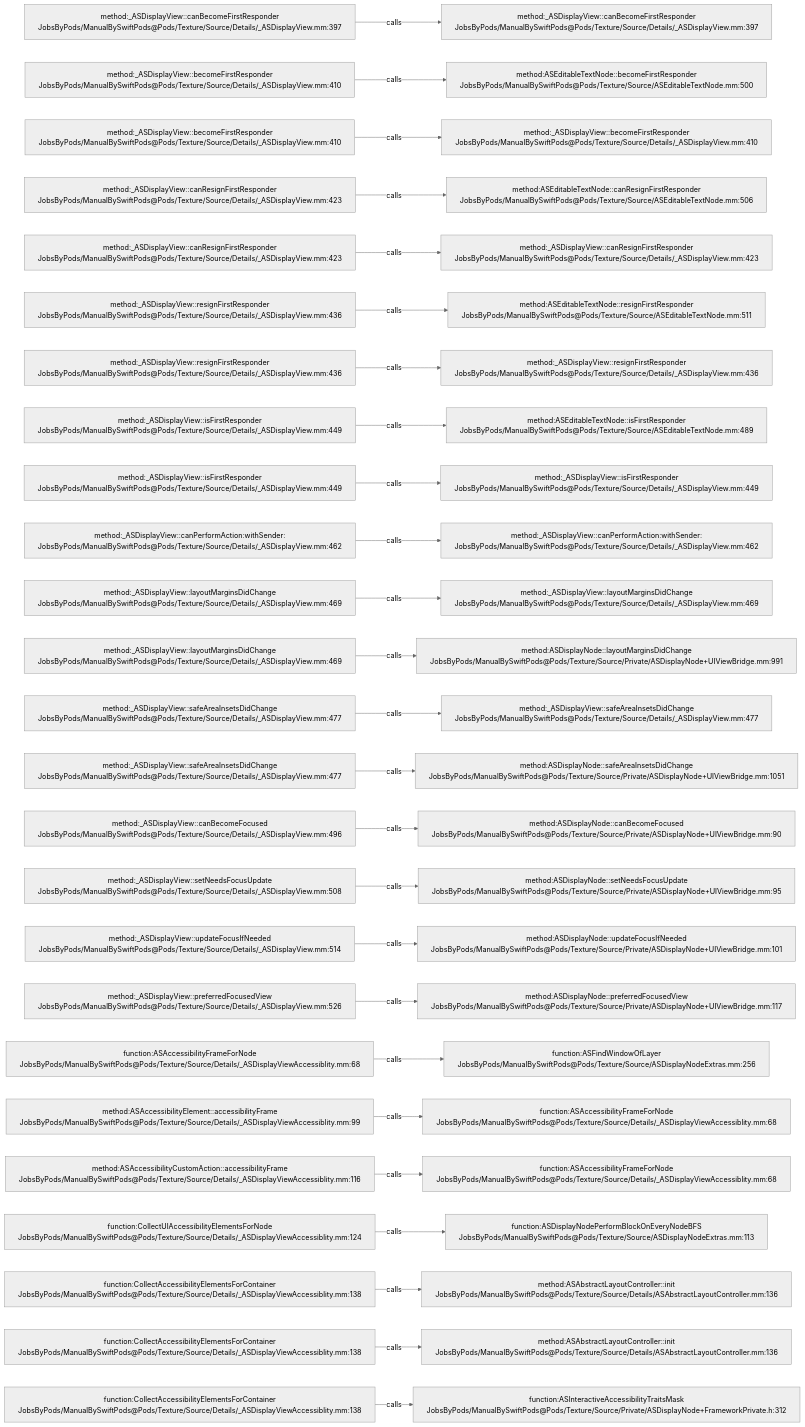
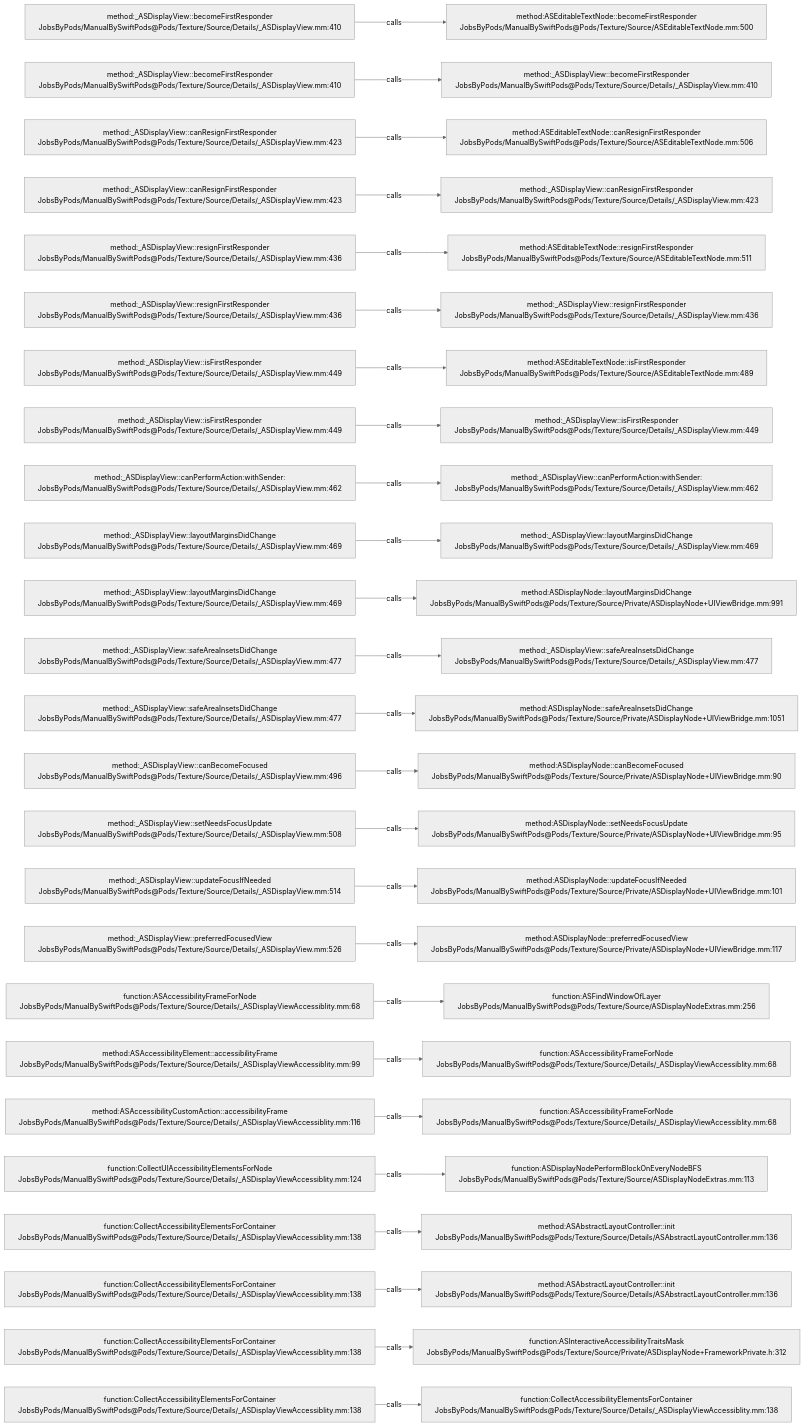
The diagram in .codegraph/codegraph.md/graphs/calls-103.md (JobsKits/JobsSwiftBaseConfigDemo), drawn with Mermaid (neutral theme) before and after one commit. The commit also changed 747 other files, not shown here.

````diff
--- a/.codegraph/codegraph.md/graphs/calls-103.md
+++ b/.codegraph/codegraph.md/graphs/calls-103.md
@@ -13,78 +13,78 @@
 ```mermaid
 flowchart LR
-  S1["method:_ASDisplayView::canBecomeFirstResponder<br/>JobsByPods/ManualBySwiftPods@Pods/Texture/Source/Details/_ASDisplayView.mm:397"]
-  T1["method:_ASDisplayView::canBecomeFirstResponder<br/>JobsByPods/ManualBySwiftPods@Pods/Texture/Source/Details/_ASDisplayView.mm:397"]
+  S1["method:_ASDisplayView::becomeFirstResponder<br/>JobsByPods/ManualBySwiftPods@Pods/Texture/Source/Details/_ASDisplayView.mm:410"]
+  T1["method:ASEditableTextNode::becomeFirstResponder<br/>JobsByPods/ManualBySwiftPods@Pods/Texture/Source/ASEditableTextNode.mm:500"]
   S1 -->|calls| T1
   S2["method:_ASDisplayView::becomeFirstResponder<br/>JobsByPods/ManualBySwiftPods@Pods/Texture/Source/Details/_ASDisplayView.mm:410"]
-  T2["method:ASEditableTextNode::becomeFirstResponder<br/>JobsByPods/ManualBySwiftPods@Pods/Texture/Source/ASEditableTextNode.mm:500"]
+  T2["method:_ASDisplayView::becomeFirstResponder<br/>JobsByPods/ManualBySwiftPods@Pods/Texture/Source/Details/_ASDisplayView.mm:410"]
   S2 -->|calls| T2
-  S3["method:_ASDisplayView::becomeFirstResponder<br/>JobsByPods/ManualBySwiftPods@Pods/Texture/Source/Details/_ASDisplayView.mm:410"]
-  T3["method:_ASDisplayView::becomeFirstResponder<br/>JobsByPods/ManualBySwiftPods@Pods/Texture/Source/Details/_ASDisplayView.mm:410"]
+  S3["method:_ASDisplayView::canResignFirstResponder<br/>JobsByPods/ManualBySwiftPods@Pods/Texture/Source/Details/_ASDisplayView.mm:423"]
+  T3["method:ASEditableTextNode::canResignFirstResponder<br/>JobsByPods/ManualBySwiftPods@Pods/Texture/Source/ASEditableTextNode.mm:506"]
   S3 -->|calls| T3
   S4["method:_ASDisplayView::canResignFirstResponder<br/>JobsByPods/ManualBySwiftPods@Pods/Texture/Source/Details/_ASDisplayView.mm:423"]
-  T4["method:ASEditableTextNode::canResignFirstResponder<br/>JobsByPods/ManualBySwiftPods@Pods/Texture/Source/ASEditableTextNode.mm:506"]
+  T4["method:_ASDisplayView::canResignFirstResponder<br/>JobsByPods/ManualBySwiftPods@Pods/Texture/Source/Details/_ASDisplayView.mm:423"]
   S4 -->|calls| T4
-  S5["method:_ASDisplayView::canResignFirstResponder<br/>JobsByPods/ManualBySwiftPods@Pods/Texture/Source/Details/_ASDisplayView.mm:423"]
-  T5["method:_ASDisplayView::canResignFirstResponder<br/>JobsByPods/ManualBySwiftPods@Pods/Texture/Source/Details/_ASDisplayView.mm:423"]
+  S5["method:_ASDisplayView::resignFirstResponder<br/>JobsByPods/ManualBySwiftPods@Pods/Texture/Source/Details/_ASDisplayView.mm:436"]
+  T5["method:ASEditableTextNode::resignFirstResponder<br/>JobsByPods/ManualBySwiftPods@Pods/Texture/Source/ASEditableTextNode.mm:511"]
   S5 -->|calls| T5
   S6["method:_ASDisplayView::resignFirstResponder<br/>JobsByPods/ManualBySwiftPods@Pods/Texture/Source/Details/_ASDisplayView.mm:436"]
-  T6["method:ASEditableTextNode::resignFirstResponder<br/>JobsByPods/ManualBySwiftPods@Pods/Texture/Source/ASEditableTextNode.mm:511"]
+  T6["method:_ASDisplayView::resignFirstResponder<br/>JobsByPods/ManualBySwiftPods@Pods/Texture/Source/Details/_ASDisplayView.mm:436"]
   S6 -->|calls| T6
-  S7["method:_ASDisplayView::resignFirstResponder<br/>JobsByPods/ManualBySwiftPods@Pods/Texture/Source/Details/_ASDisplayView.mm:436"]
-  T7["method:_ASDisplayView::resignFirstResponder<br/>JobsByPods/ManualBySwiftPods@Pods/Texture/Source/Details/_ASDisplayView.mm:436"]
+  S7["method:_ASDisplayView::isFirstResponder<br/>JobsByPods/ManualBySwiftPods@Pods/Texture/Source/Details/_ASDisplayView.mm:449"]
+  T7["method:ASEditableTextNode::isFirstResponder<br/>JobsByPods/ManualBySwiftPods@Pods/Texture/Source/ASEditableTextNode.mm:489"]
   S7 -->|calls| T7
   S8["method:_ASDisplayView::isFirstResponder<br/>JobsByPods/ManualBySwiftPods@Pods/Texture/Source/Details/_ASDisplayView.mm:449"]
-  T8["method:ASEditableTextNode::isFirstResponder<br/>JobsByPods/ManualBySwiftPods@Pods/Texture/Source/ASEditableTextNode.mm:489"]
+  T8["method:_ASDisplayView::isFirstResponder<br/>JobsByPods/ManualBySwiftPods@Pods/Texture/Source/Details/_ASDisplayView.mm:449"]
   S8 -->|calls| T8
-  S9["method:_ASDisplayView::isFirstResponder<br/>JobsByPods/ManualBySwiftPods@Pods/Texture/Source/Details/_ASDisplayView.mm:449"]
-  T9["method:_ASDisplayView::isFirstResponder<br/>JobsByPods/ManualBySwiftPods@Pods/Texture/Source/Details/_ASDisplayView.mm:449"]
+  S9["method:_ASDisplayView::canPerformAction:withSender:<br/>JobsByPods/ManualBySwiftPods@Pods/Texture/Source/Details/_ASDisplayView.mm:462"]
+  T9["method:_ASDisplayView::canPerformAction:withSender:<br/>JobsByPods/ManualBySwiftPods@Pods/Texture/Source/Details/_ASDisplayView.mm:462"]
   S9 -->|calls| T9
-  S10["method:_ASDisplayView::canPerformAction:withSender:<br/>JobsByPods/ManualBySwiftPods@Pods/Texture/Source/Details/_ASDisplayView.mm:462"]
-  T10["method:_ASDisplayView::canPerformAction:withSender:<br/>JobsByPods/ManualBySwiftPods@Pods/Texture/Source/Details/_ASDisplayView.mm:462"]
+  S10["method:_ASDisplayView::layoutMarginsDidChange<br/>JobsByPods/ManualBySwiftPods@Pods/Texture/Source/Details/_ASDisplayView.mm:469"]
+  T10["method:_ASDisplayView::layoutMarginsDidChange<br/>JobsByPods/ManualBySwiftPods@Pods/Texture/Source/Details/_ASDisplayView.mm:469"]
   S10 -->|calls| T10
   S11["method:_ASDisplayView::layoutMarginsDidChange<br/>JobsByPods/ManualBySwiftPods@Pods/Texture/Source/Details/_ASDisplayView.mm:469"]
-  T11["method:_ASDisplayView::layoutMarginsDidChange<br/>JobsByPods/ManualBySwiftPods@Pods/Texture/Source/Details/_ASDisplayView.mm:469"]
+  T11["method:ASDisplayNode::layoutMarginsDidChange<br/>JobsByPods/ManualBySwiftPods@Pods/Texture/Source/Private/ASDisplayNode+UIViewBridge.mm:991"]
   S11 -->|calls| T11
-  S12["method:_ASDisplayView::layoutMarginsDidChange<br/>JobsByPods/ManualBySwiftPods@Pods/Texture/Source/Details/_ASDisplayView.mm:469"]
-  T12["method:ASDisplayNode::layoutMarginsDidChange<br/>JobsByPods/ManualBySwiftPods@Pods/Texture/Source/Private/ASDisplayNode+UIViewBridge.mm:991"]
+  S12["method:_ASDisplayView::safeAreaInsetsDidChange<br/>JobsByPods/ManualBySwiftPods@Pods/Texture/Source/Details/_ASDisplayView.mm:477"]
+  T12["method:_ASDisplayView::safeAreaInsetsDidChange<br/>JobsByPods/ManualBySwiftPods@Pods/Texture/Source/Details/_ASDisplayView.mm:477"]
   S12 -->|calls| T12
   S13["method:_ASDisplayView::safeAreaInsetsDidChange<br/>JobsByPods/ManualBySwiftPods@Pods/Texture/Source/Details/_ASDisplayView.mm:477"]
-  T13["method:_ASDisplayView::safeAreaInsetsDidChange<br/>JobsByPods/ManualBySwiftPods@Pods/Texture/Source/Details/_ASDisplayView.mm:477"]
+  T13["method:ASDisplayNode::safeAreaInsetsDidChange<br/>JobsByPods/ManualBySwiftPods@Pods/Texture/Source/Private/ASDisplayNode+UIViewBridge.mm:1051"]
   S13 -->|calls| T13
-  S14["method:_ASDisplayView::safeAreaInsetsDidChange<br/>JobsByPods/ManualBySwiftPods@Pods/Texture/Source/Details/_ASDisplayView.mm:477"]
-  T14["method:ASDisplayNode::safeAreaInsetsDidChange<br/>JobsByPods/ManualBySwiftPods@Pods/Texture/Source/Private/ASDisplayNode+UIViewBridge.mm:1051"]
+  S14["method:_ASDisplayView::canBecomeFocused<br/>JobsByPods/ManualBySwiftPods@Pods/Texture/Source/Details/_ASDisplayView.mm:496"]
+  T14["method:ASDisplayNode::canBecomeFocused<br/>JobsByPods/ManualBySwiftPods@Pods/Texture/Source/Private/ASDisplayNode+UIViewBridge.mm:90"]
   S14 -->|calls| T14
-  S15["method:_ASDisplayView::canBecomeFocused<br/>JobsByPods/ManualBySwiftPods@Pods/Texture/Source/Details/_ASDisplayView.mm:496"]
-  T15["method:ASDisplayNode::canBecomeFocused<br/>JobsByPods/ManualBySwiftPods@Pods/Texture/Source/Private/ASDisplayNode+UIViewBridge.mm:90"]
+  S15["method:_ASDisplayView::setNeedsFocusUpdate<br/>JobsByPods/ManualBySwiftPods@Pods/Texture/Source/Details/_ASDisplayView.mm:508"]
+  T15["method:ASDisplayNode::setNeedsFocusUpdate<br/>JobsByPods/ManualBySwiftPods@Pods/Texture/Source/Private/ASDisplayNode+UIViewBridge.mm:95"]
   S15 -->|calls| T15
-  S16["method:_ASDisplayView::setNeedsFocusUpdate<br/>JobsByPods/ManualBySwiftPods@Pods/Texture/Source/Details/_ASDisplayView.mm:508"]
-  T16["method:ASDisplayNode::setNeedsFocusUpdate<br/>JobsByPods/ManualBySwiftPods@Pods/Texture/Source/Private/ASDisplayNode+UIViewBridge.mm:95"]
+  S16["method:_ASDisplayView::updateFocusIfNeeded<br/>JobsByPods/ManualBySwiftPods@Pods/Texture/Source/Details/_ASDisplayView.mm:514"]
+  T16["method:ASDisplayNode::updateFocusIfNeeded<br/>JobsByPods/ManualBySwiftPods@Pods/Texture/Source/Private/ASDisplayNode+UIViewBridge.mm:101"]
   S16 -->|calls| T16
-  S17["method:_ASDisplayView::updateFocusIfNeeded<br/>JobsByPods/ManualBySwiftPods@Pods/Texture/Source/Details/_ASDisplayView.mm:514"]
-  T17["method:ASDisplayNode::updateFocusIfNeeded<br/>JobsByPods/ManualBySwiftPods@Pods/Texture/Source/Private/ASDisplayNode+UIViewBridge.mm:101"]
+  S17["method:_ASDisplayView::preferredFocusedView<br/>JobsByPods/ManualBySwiftPods@Pods/Texture/Source/Details/_ASDisplayView.mm:526"]
+  T17["method:ASDisplayNode::preferredFocusedView<br/>JobsByPods/ManualBySwiftPods@Pods/Texture/Source/Private/ASDisplayNode+UIViewBridge.mm:117"]
   S17 -->|calls| T17
-  S18["method:_ASDisplayView::preferredFocusedView<br/>JobsByPods/ManualBySwiftPods@Pods/Texture/Source/Details/_ASDisplayView.mm:526"]
-  T18["method:ASDisplayNode::preferredFocusedView<br/>JobsByPods/ManualBySwiftPods@Pods/Texture/Source/Private/ASDisplayNode+UIViewBridge.mm:117"]
+  S18["function:ASAccessibilityFrameForNode<br/>JobsByPods/ManualBySwiftPods@Pods/Texture/Source/Details/_ASDisplayViewAccessiblity.mm:68"]
+  T18["function:ASFindWindowOfLayer<br/>JobsByPods/ManualBySwiftPods@Pods/Texture/Source/ASDisplayNodeExtras.mm:256"]
   S18 -->|calls| T18
-  S19["function:ASAccessibilityFrameForNode<br/>JobsByPods/ManualBySwiftPods@Pods/Texture/Source/Details/_ASDisplayViewAccessiblity.mm:68"]
-  T19["function:ASFindWindowOfLayer<br/>JobsByPods/ManualBySwiftPods@Pods/Texture/Source/ASDisplayNodeExtras.mm:256"]
+  S19["method:ASAccessibilityElement::accessibilityFrame<br/>JobsByPods/ManualBySwiftPods@Pods/Texture/Source/Details/_ASDisplayViewAccessiblity.mm:99"]
+  T19["function:ASAccessibilityFrameForNode<br/>JobsByPods/ManualBySwiftPods@Pods/Texture/Source/Details/_ASDisplayViewAccessiblity.mm:68"]
   S19 -->|calls| T19
-  S20["method:ASAccessibilityElement::accessibilityFrame<br/>JobsByPods/ManualBySwiftPods@Pods/Texture/Source/Details/_ASDisplayViewAccessiblity.mm:99"]
+  S20["method:ASAccessibilityCustomAction::accessibilityFrame<br/>JobsByPods/ManualBySwiftPods@Pods/Texture/Source/Details/_ASDisplayViewAccessiblity.mm:116"]
   T20["function:ASAccessibilityFrameForNode<br/>JobsByPods/ManualBySwiftPods@Pods/Texture/Source/Details/_ASDisplayViewAccessiblity.mm:68"]
   S20 -->|calls| T20
-  S21["method:ASAccessibilityCustomAction::accessibilityFrame<br/>JobsByPods/ManualBySwiftPods@Pods/Texture/Source/Details/_ASDisplayViewAccessiblity.mm:116"]
-  T21["function:ASAccessibilityFrameForNode<br/>JobsByPods/ManualBySwiftPods@Pods/Texture/Source/Details/_ASDisplayViewAccessiblity.mm:68"]
+  S21["function:CollectUIAccessibilityElementsForNode<br/>JobsByPods/ManualBySwiftPods@Pods/Texture/Source/Details/_ASDisplayViewAccessiblity.mm:124"]
+  T21["function:ASDisplayNodePerformBlockOnEveryNodeBFS<br/>JobsByPods/ManualBySwiftPods@Pods/Texture/Source/ASDisplayNodeExtras.mm:113"]
   S21 -->|calls| T21
-  S22["function:CollectUIAccessibilityElementsForNode<br/>JobsByPods/ManualBySwiftPods@Pods/Texture/Source/Details/_ASDisplayViewAccessiblity.mm:124"]
-  T22["function:ASDisplayNodePerformBlockOnEveryNodeBFS<br/>JobsByPods/ManualBySwiftPods@Pods/Texture/Source/ASDisplayNodeExtras.mm:113"]
+  S22["function:CollectAccessibilityElementsForContainer<br/>JobsByPods/ManualBySwiftPods@Pods/Texture/Source/Details/_ASDisplayViewAccessiblity.mm:138"]
+  T22["method:ASAbstractLayoutController::init<br/>JobsByPods/ManualBySwiftPods@Pods/Texture/Source/Details/ASAbstractLayoutController.mm:136"]
   S22 -->|calls| T22
   S23["function:CollectAccessibilityElementsForContainer<br/>JobsByPods/ManualBySwiftPods@Pods/Texture/Source/Details/_ASDisplayViewAccessiblity.mm:138"]
   T23["method:ASAbstractLayoutController::init<br/>JobsByPods/ManualBySwiftPods@Pods/Texture/Source/Details/ASAbstractLayoutController.mm:136"]
   S23 -->|calls| T23
   S24["function:CollectAccessibilityElementsForContainer<br/>JobsByPods/ManualBySwiftPods@Pods/Texture/Source/Details/_ASDisplayViewAccessiblity.mm:138"]
-  T24["method:ASAbstractLayoutController::init<br/>JobsByPods/ManualBySwiftPods@Pods/Texture/Source/Details/ASAbstractLayoutController.mm:136"]
+  T24["function:ASInteractiveAccessibilityTraitsMask<br/>JobsByPods/ManualBySwiftPods@Pods/Texture/Source/Private/ASDisplayNode+FrameworkPrivate.h:312"]
   S24 -->|calls| T24
   S25["function:CollectAccessibilityElementsForContainer<br/>JobsByPods/ManualBySwiftPods@Pods/Texture/Source/Details/_ASDisplayViewAccessiblity.mm:138"]
-  T25["function:ASInteractiveAccessibilityTraitsMask<br/>JobsByPods/ManualBySwiftPods@Pods/Texture/Source/Private/ASDisplayNode+FrameworkPrivate.h:312"]
+  T25["function:CollectAccessibilityElementsForContainer<br/>JobsByPods/ManualBySwiftPods@Pods/Texture/Source/Details/_ASDisplayViewAccessiblity.mm:138"]
   S25 -->|calls| T25
 ```
````
